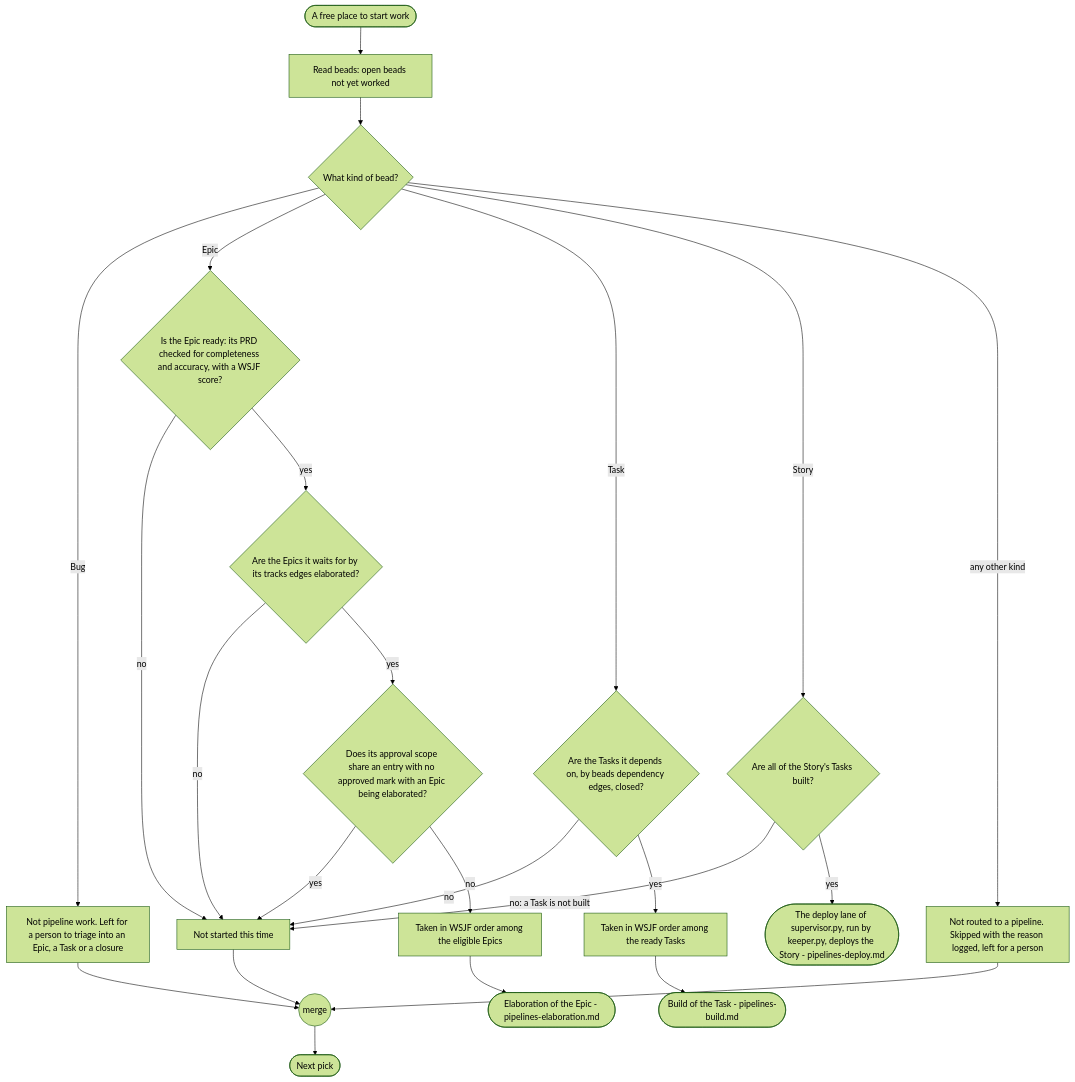
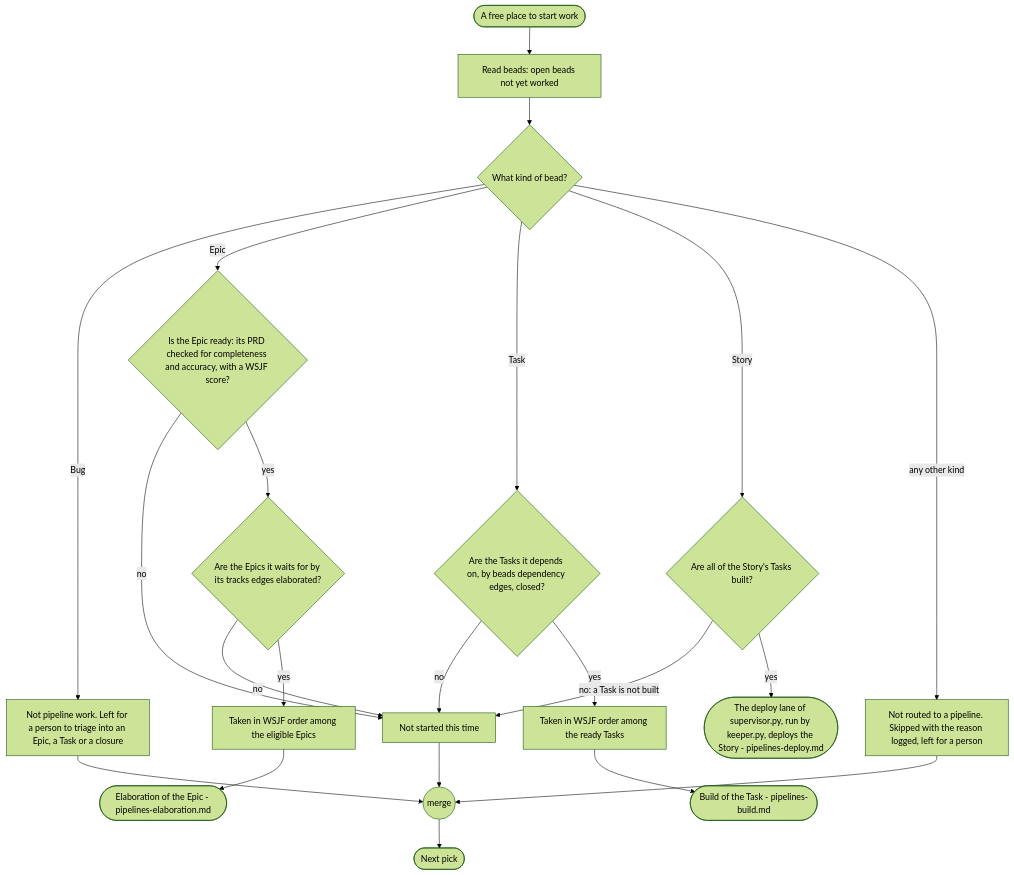
One commit to mark-satterfield/toolset changed the second of 8 diagrams in plugins/agent-teams-workforce/blueprint/design/pipelines-driver.md. Above: the diagram before and after it, drawn with Mermaid (forest theme). The commit also changed other lines of this file and 148 other files, not shown here.

````diff
--- a/plugins/agent-teams-workforce/blueprint/design/pipelines-driver.md
+++ b/plugins/agent-teams-workforce/blueprint/design/pipelines-driver.md
@@ -173,26 +173,24 @@
 ```mermaid
 flowchart TD
     s(["A free place to start work"]) --> read["Read beads: open beads not yet worked"]
     read --> kind{"What kind of bead?"}
     kind -->|"Bug"| bug["Not pipeline work. Left for a person to triage into an Epic, a Task or a closure"]
     kind -->|"Epic"| eReady{"Is the Epic ready: its PRD checked for completeness and accuracy, with a WSJF score?"}
     kind -->|"Task"| tReady{"Are the Tasks it depends on, by beads dependency edges, closed?"}
     kind -->|"Story"| sReady{"Are all of the Story's Tasks built?"}
     kind -->|"any other kind"| other["Not routed to a pipeline. Skipped with the reason logged, left for a person"]
     eReady -->|"no"| skip["Not started this time"]
     eReady -->|"yes"| eDeps{"Are the Epics it waits for by its tracks edges elaborated?"}
     eDeps -->|"no"| skip
-    eDeps -->|"yes"| eShare{"Does its approval scope share an entry with no approved mark with an Epic being elaborated?"}
-    eShare -->|"yes"| skip
-    eShare -->|"no"| eOrder["Taken in WSJF order among the eligible Epics"]
+    eDeps -->|"yes"| eOrder["Taken in WSJF order among the eligible Epics"]
     eOrder --> eRun(["Elaboration of the Epic - pipelines-elaboration.md"])
     tReady -->|"no"| skip
     tReady -->|"yes"| tOrder["Taken in WSJF order among the ready Tasks"]
     tOrder --> tRun(["Build of the Task - pipelines-build.md"])
     sReady -->|"no: a Task is not built"| skip
     sReady -->|"yes"| sRun(["The deploy lane of supervisor.py, run by keeper.py, deploys the Story - pipelines-deploy.md"])
     bug --> m(("merge"))
     other --> m
     skip --> m
     m --> e(["Next pick"])
 ```
````
